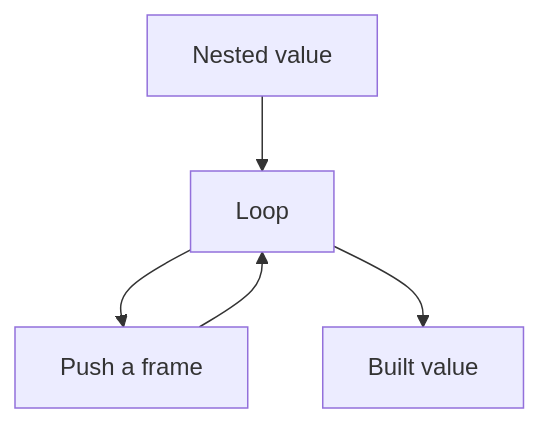
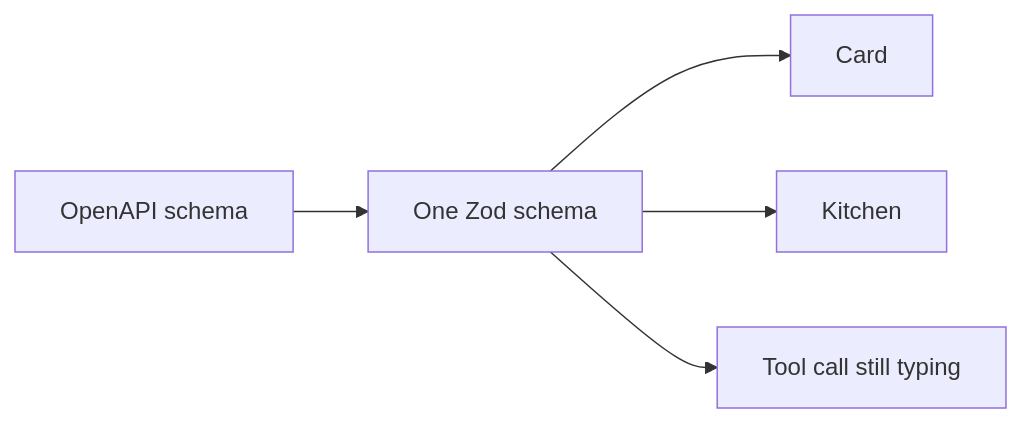
Before and after one commit to p10ns11y/adaptate: the diagram in README.md, drawn with Mermaid. The commit also changed other lines of this file and 14 other files, not shown here.

````diff
--- a/README.md
+++ b/README.md
@@ -167,7 +22,7 @@
 ```mermaid
-flowchart TD
-  nested[Nested value] --> loop[Loop]
-  loop --> frame[Push a frame]
-  frame --> loop
-  loop --> done[Built value]
+flowchart LR
+  openapi[OpenAPI schema] --> schema[One Zod schema]
+  schema --> card[Card]
+  schema --> kitchen[Kitchen]
+  schema --> stream[Tool call still typing]
 ```
````
